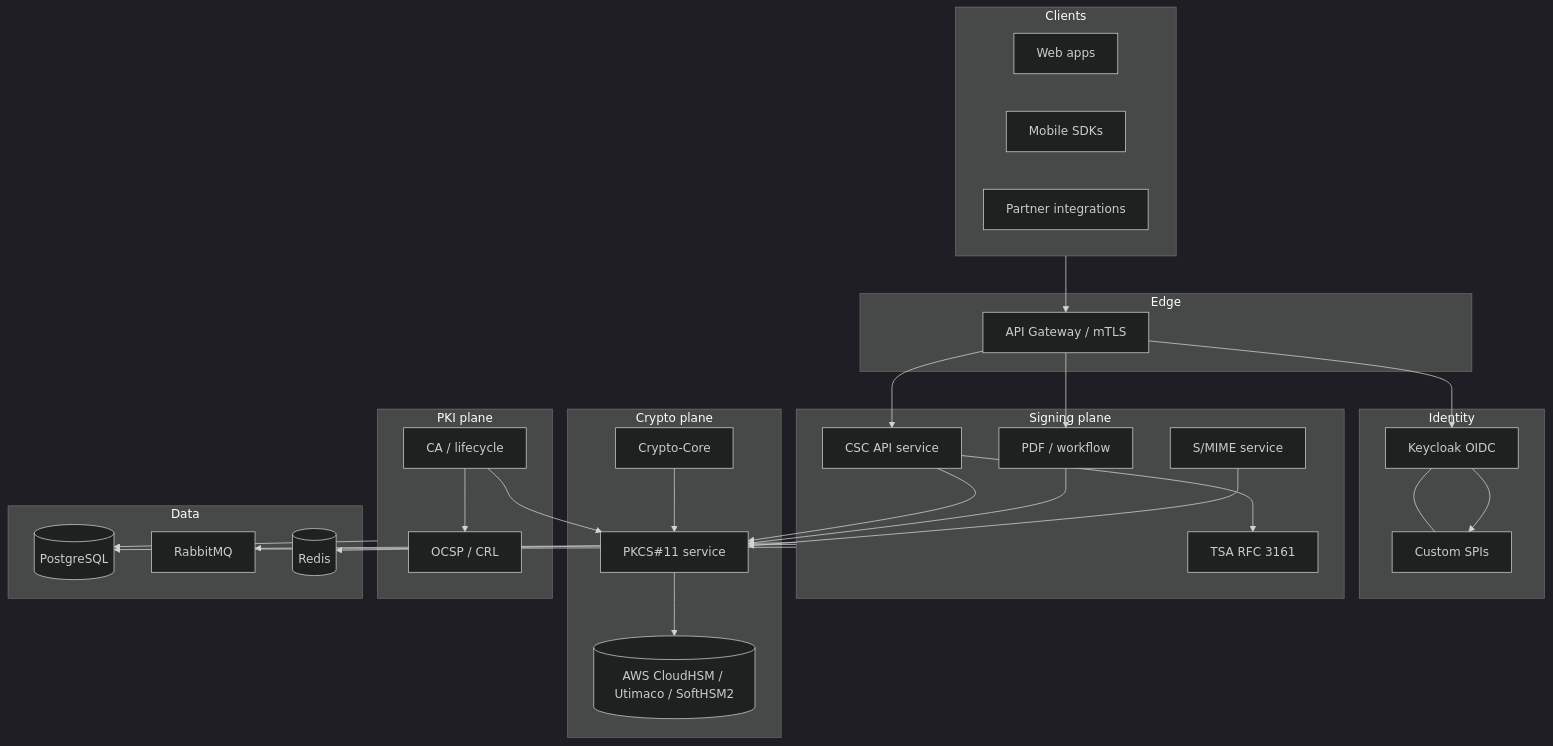
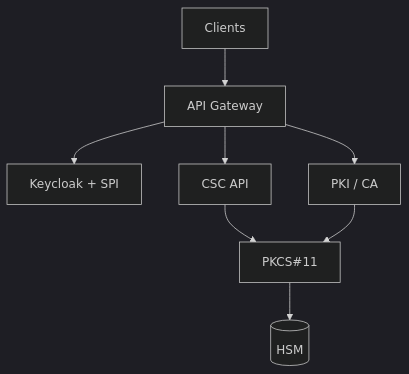
Before and after one commit to talha-bilal/trust-platform-samples: the diagram in signing-platform-architecture/README.md, drawn with Mermaid (dark theme). The commit also changed other lines of this file and 29 other files, not shown here.

Commit message:
Add architecture diagrams, use cases, and runnable demos

````diff
--- a/signing-platform-architecture/README.md
+++ b/signing-platform-architecture/README.md
@@ -5,60 +7,10 @@
 ```mermaid
 flowchart TB
-  subgraph clients [Clients]
-    Web[Web apps]
-    Mobile[Mobile SDKs]
-    Partners[Partner integrations]
-  end
-
-  subgraph edge [Edge]
-    GW[API Gateway / mTLS]
-  end
-
-  subgraph iam [Identity]
-    KC[Keycloak OIDC]
-    SPI[Custom SPIs]
-    KC --- SPI
-  end
-
-  subgraph signing [Signing plane]
-    CSC[CSC API service]
-    PDF[PDF / workflow]
-    SMIME[S/MIME service]
-    TSA[TSA RFC 3161]
-  end
-
-  subgraph crypto [Crypto plane]
-    CC[Crypto-Core]
-    P11[PKCS#11 service]
-    HSM[(AWS CloudHSM / Utimaco / SoftHSM2)]
-  end
-
-  subgraph pki [PKI plane]
-    CA[CA / lifecycle]
-    OCSP[OCSP / CRL]
-  end
-
-  subgraph data [Data]
-    DB[(PostgreSQL)]
-    MQ[RabbitMQ]
-    Redis[(Redis)]
-  end
-
-  clients --> GW
-  GW --> KC
-  GW --> CSC
-  GW --> PDF
-  KC --> SPI
-  CSC --> P11
-  PDF --> P11
-  SMIME --> P11
-  CC --> P11
-  P11 --> HSM
-  CA --> P11
-  CA --> OCSP
-  CSC --> TSA
-  signing --> DB
-  signing --> MQ
-  signing --> Redis
-  pki --> DB
+  clients[Clients] --> gw[API Gateway]
+  gw --> iam[Keycloak + SPI]
+  gw --> csc[CSC API]
+  gw --> pki[PKI / CA]
+  csc --> p11[PKCS#11]
+  pki --> p11
+  p11 --> hsm[(HSM)]
 ```
````
